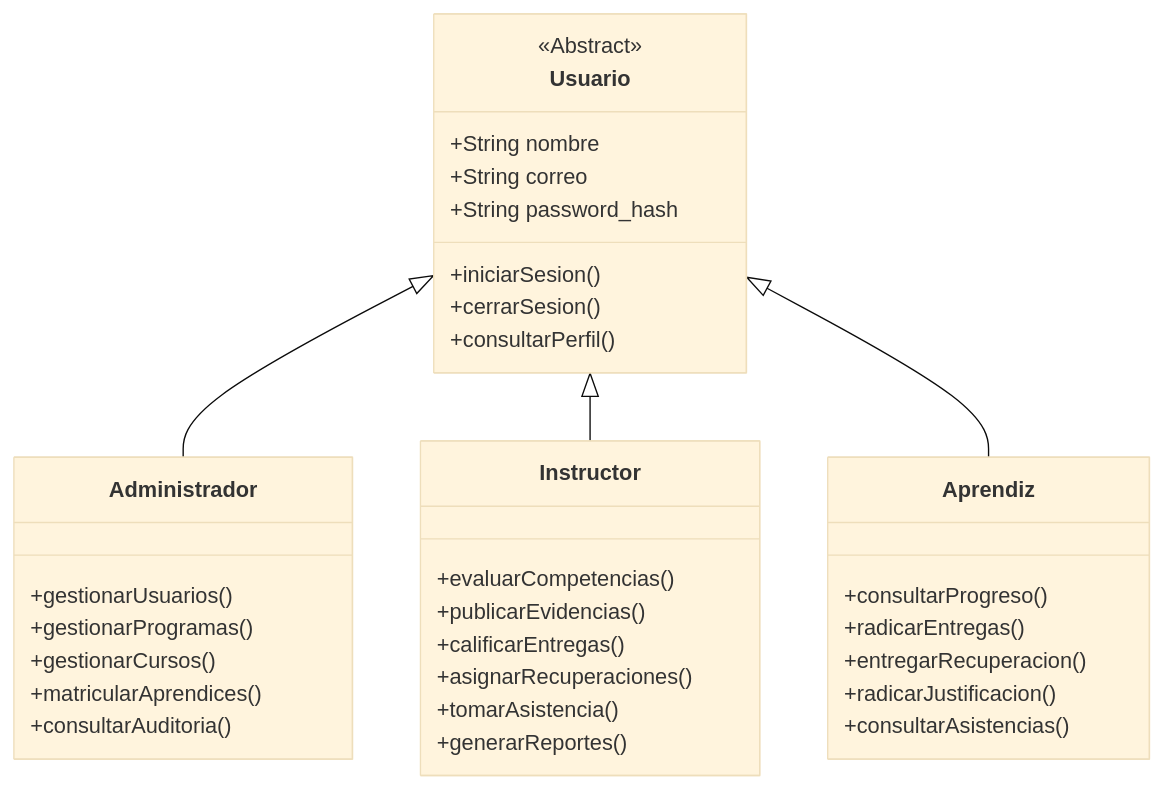
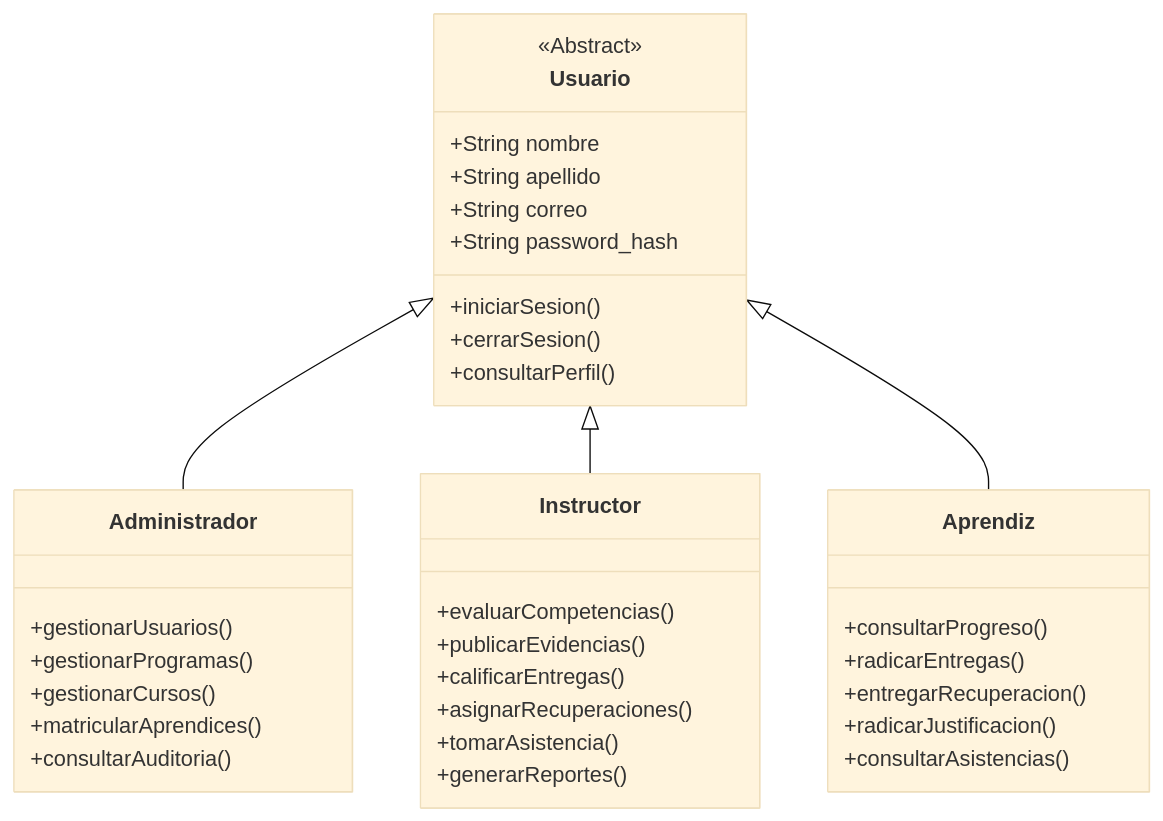
One commit to bautistanyely809-creator/PLATAFORMA-DE-GESTI-N-ACAD-MICA changed the fourth of 17 diagrams in documentos/SRS_EDUNOVA.md. Above: the diagram before and after it, drawn with Mermaid (base theme). The commit also changed other lines of this file and 2 other files, not shown here.

````diff
--- a/documentos/SRS_EDUNOVA.md
+++ b/documentos/SRS_EDUNOVA.md
@@ -578,41 +354,42 @@
 ```mermaid
 classDiagram
     class Usuario {
         <<Abstract>>
         +String nombre
+        +String apellido
         +String correo
         +String password_hash
         +iniciarSesion()
         +cerrarSesion()
         +consultarPerfil()
     }
 
     class Administrador {
         +gestionarUsuarios()
         +gestionarProgramas()
         +gestionarCursos()
         +matricularAprendices()
         +consultarAuditoria()
     }
 
     class Instructor {
         +evaluarCompetencias()
         +publicarEvidencias()
         +calificarEntregas()
         +asignarRecuperaciones()
         +tomarAsistencia()
         +generarReportes()
     }
 
     class Aprendiz {
         +consultarProgreso()
         +radicarEntregas()
         +entregarRecuperacion()
         +radicarJustificacion()
         +consultarAsistencias()
     }
 
     Usuario <|-- Administrador
     Usuario <|-- Instructor
     Usuario <|-- Aprendiz
 ```
````
